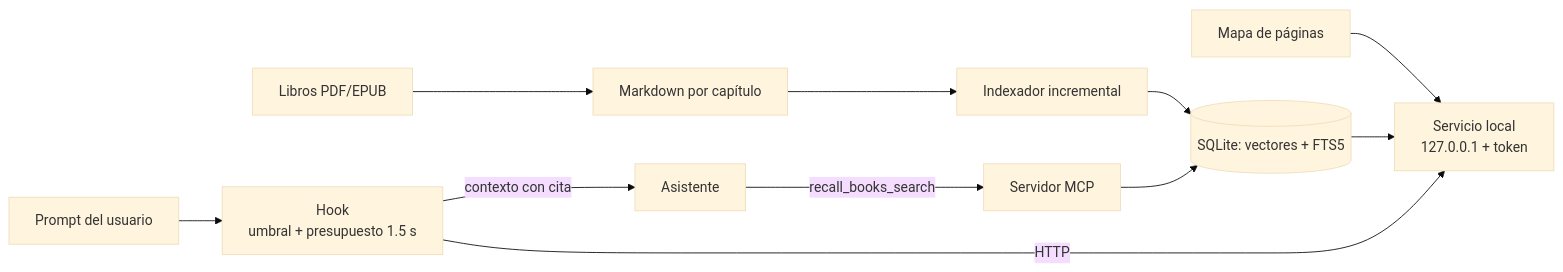
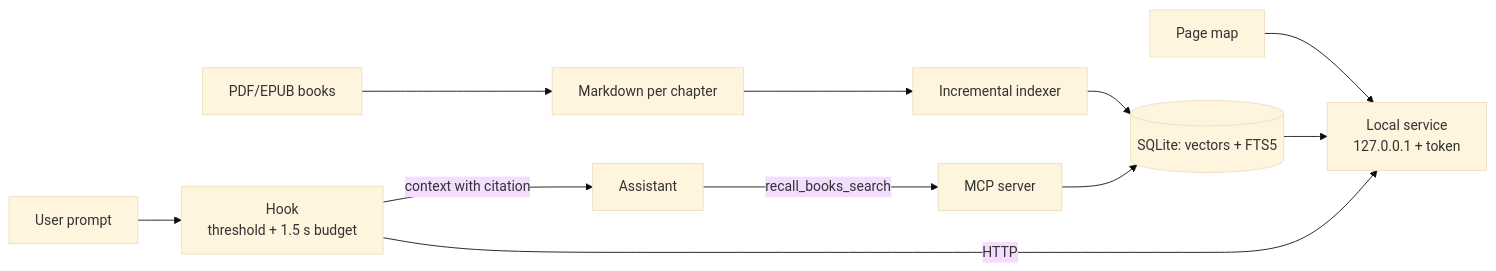
Before and after one commit to andreshma/recall: the diagram in docs/paper.md, drawn with Mermaid (base theme). The commit also changed other lines of this file and 39 other files, not shown here.

````diff
--- a/docs/paper.md
+++ b/docs/paper.md
@@ -61,13 +50,13 @@
 ```mermaid
 flowchart LR
-    L[Libros PDF/EPUB] --> M[Markdown por capítulo]
-    M --> I[Indexador incremental]
-    I --> DB[(SQLite: vectores + FTS5)]
-    P[Mapa de páginas] --> S
-    DB --> S[Servicio local\n127.0.0.1 + token]
-    U[Prompt del usuario] --> H[Hook\numbral + presupuesto 1.5 s]
+    L[PDF/EPUB books] --> M[Markdown per chapter]
+    M --> I[Incremental indexer]
+    I --> DB[(SQLite: vectors + FTS5)]
+    P[Page map] --> S
+    DB --> S[Local service\n127.0.0.1 + token]
+    U[User prompt] --> H[Hook\nthreshold + 1.5 s budget]
     H -->|HTTP| S
-    H -->|contexto con cita| A[Asistente]
-    A -->|recall_books_search| MCP[Servidor MCP]
+    H -->|context with citation| A[Assistant]
+    A -->|recall_books_search| MCP[MCP server]
     MCP --> DB
 ```
````
